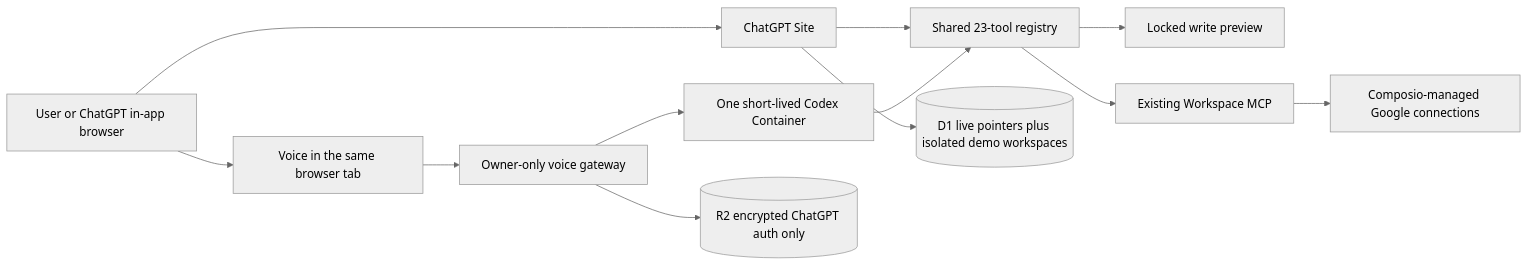
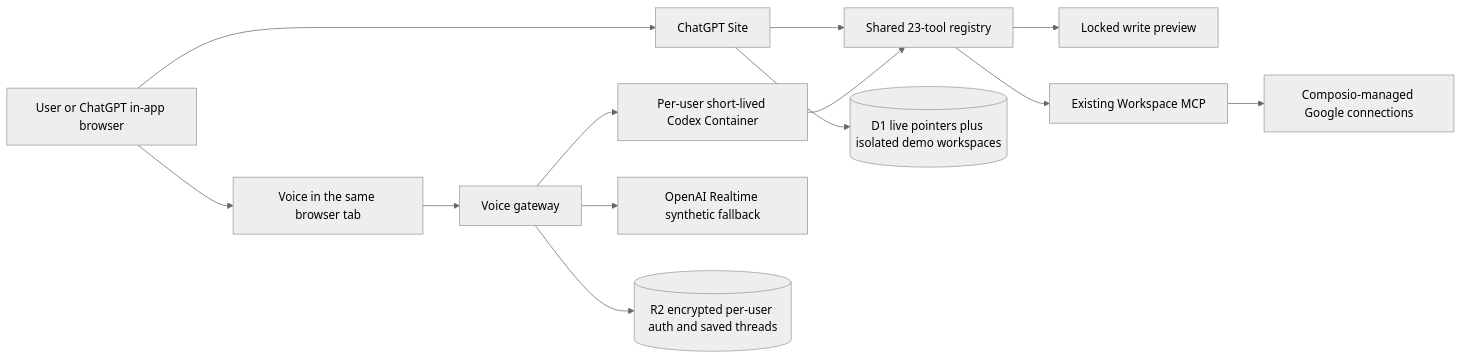
One commit to manikv12/OpenAssist changed the diagram in docs/workspace-architecture.md. Above: the diagram before and after it, drawn with Mermaid (neutral theme). The commit also changed other lines of this file and 24 other files, not shown here.

````diff
--- a/docs/workspace-architecture.md
+++ b/docs/workspace-architecture.md
@@ -5,14 +5,15 @@
 ```mermaid
 flowchart LR
   U[User or ChatGPT in-app browser] --> S[ChatGPT Site]
   U --> V[Voice in the same browser tab]
   S --> R[Shared 23-tool registry]
-  V --> G[Owner-only voice gateway]
-  G --> C[One short-lived Codex Container]
+  V --> G[Voice gateway]
+  G --> C[Per-user short-lived Codex Container]
+  G --> A[OpenAI Realtime synthetic fallback]
   C --> R
   R --> P[Locked write preview]
   R --> M[Existing Workspace MCP]
   M --> O[Composio-managed Google connections]
   S --> D[(D1 live pointers plus isolated demo workspaces)]
-  G --> E[(R2 encrypted ChatGPT auth only)]
+  G --> E[(R2 encrypted per-user auth and saved threads)]
 ```
````
